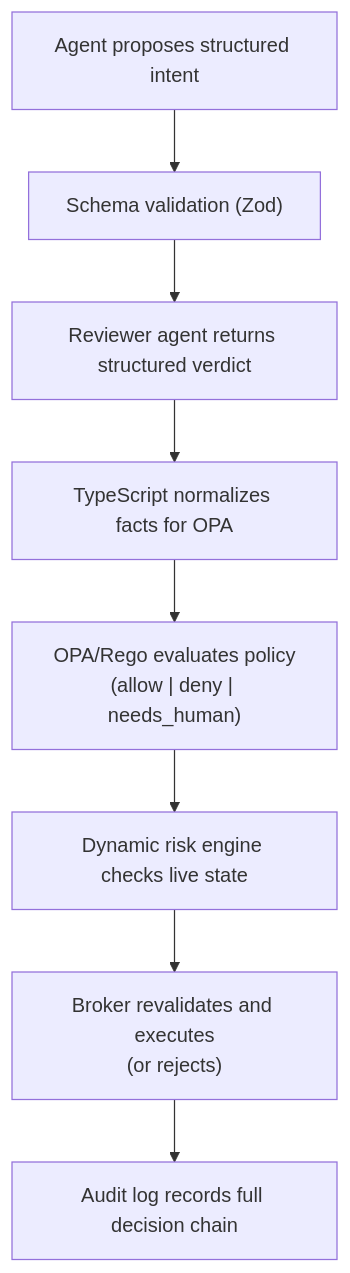
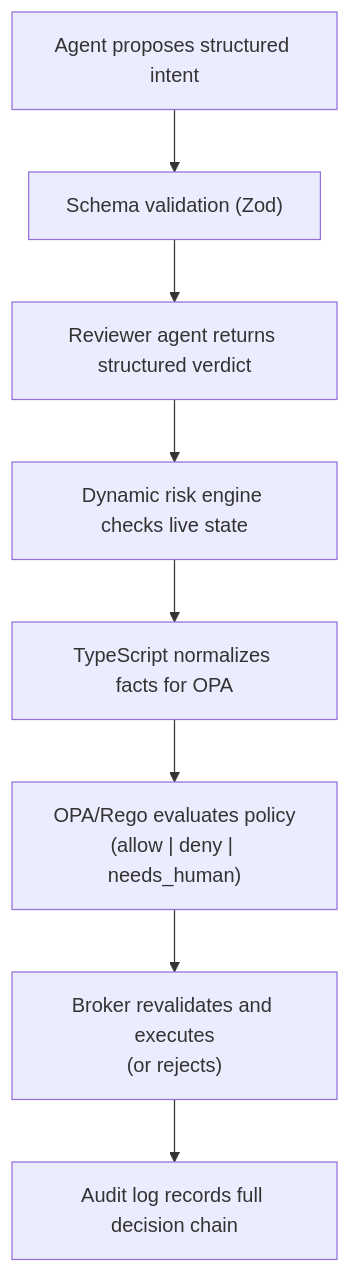
Before and after one commit to AdamIsNotAlex/agent-trading-guardrails: the diagram in docs/architecture.md, drawn with Mermaid. The commit also changed other lines of this file and 26 other files, not shown here.

````diff
--- a/docs/architecture.md
+++ b/docs/architecture.md
@@ -68,10 +86,10 @@
 ```mermaid
 flowchart TD
   Intent["Agent proposes structured intent"] --> Schema["Schema validation (Zod)"]
   Schema --> Reviewer["Reviewer agent returns structured verdict"]
-  Reviewer --> Facts["TypeScript normalizes facts for OPA"]
+  Reviewer --> Risk["Dynamic risk engine checks live state"]
+  Risk --> Facts["TypeScript normalizes facts for OPA"]
   Facts --> Policy["OPA/Rego evaluates policy<br/>(allow | deny | needs_human)"]
-  Policy --> Risk["Dynamic risk engine checks live state"]
-  Risk --> Broker["Broker revalidates and executes<br/>(or rejects)"]
+  Policy --> Broker["Broker revalidates and executes<br/>(or rejects)"]
   Broker --> Audit["Audit log records full decision chain"]
 ```
````
